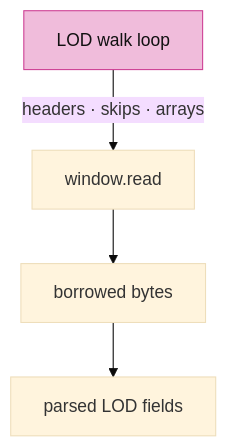
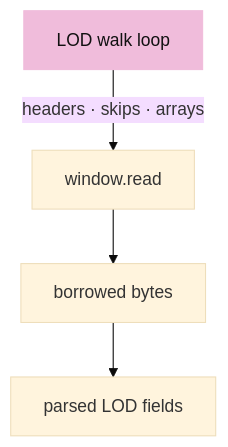
The third of 4 diagrams in session_viewer/docs/15-publication.md (petrasvestartas/session), drawn with Mermaid (base theme) before and after one commit. The commit also changed other lines of this file and 324 other files, not shown here.

````diff
--- a/session_viewer/docs/15-publication.md
+++ b/session_viewer/docs/15-publication.md
@@ -59,7 +63,7 @@
 ```mermaid
 flowchart TB
     L["LOD walk loop"] -- "headers · skips · arrays" --> W["window.read"]
     W --> B["borrowed bytes"]
     B --> P["parsed LOD fields"]
-    style L fill:#f0bcdb,stroke:#ce4095,color:#111
+    style L fill:#f0bcdb,stroke:#f0bcdb,color:#111
 ```
````
